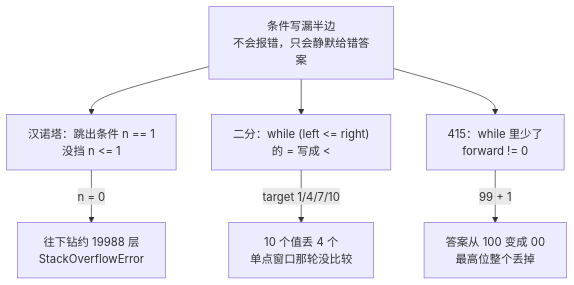
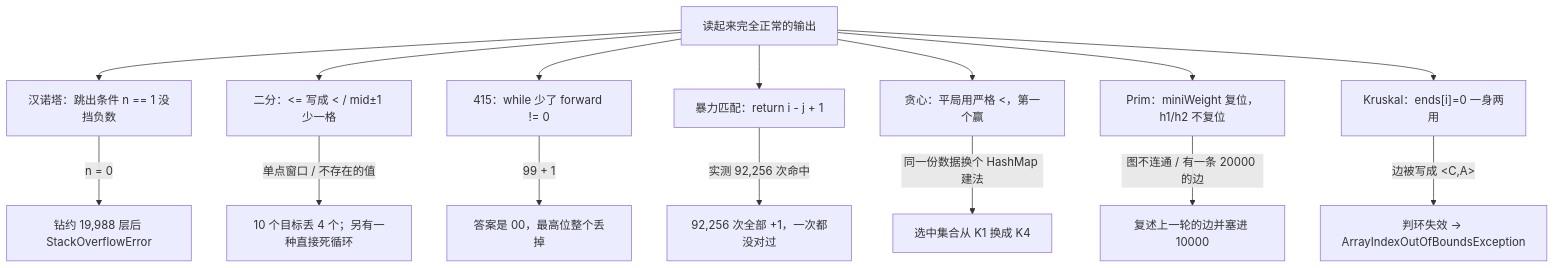
The second of 2 diagrams in README.md (c0re-T/algorithm), drawn with Mermaid before and after one commit. The commit also changed other lines of this file and 11 other files, not shown here.

Commit message:
docs: 新增背包、贪心、KMP、Prim 与 Kruskal 五份笔记，收录 study 下六份程序并同步 README

````diff
--- a/README.md
+++ b/README.md
@@ -27,10 +31,18 @@
 ```mermaid
 flowchart TD
-    E["条件写漏半边<br/>不会报错，只会静默给错答案"]
-    E --> F["汉诺塔：跳出条件 n == 1<br/>没挡 n <= 1"]
-    E --> G["二分：while (left <= right)<br/>的 = 写成 <"]
-    E --> H["415：while 里少了<br/>forward != 0"]
-    F -->|"n = 0"| F1["往下钻约 19988 层<br/>StackOverflowError"]
-    G -->|"target 1/4/7/10"| G1["10 个值丢 4 个<br/>单点窗口那轮没比较"]
-    H -->|"99 + 1"| H1["答案从 100 变成 00<br/>最高位整个丢掉"]
+    E["读起来完全正常的输出"]
+    E --> F1["汉诺塔：跳出条件 n == 1 没挡负数"]
+    E --> F2["二分：<= 写成 < / mid±1 少一格"]
+    E --> F3["415：while 少了 forward != 0"]
+    E --> F4["暴力匹配：return i - j + 1"]
+    E --> F5["贪心：平局用严格 <，第一个赢"]
+    E --> F6["Prim：miniWeight 复位，h1/h2 不复位"]
+    E --> F7["Kruskal：ends[i]=0 一身两用"]
+    F1 -->|"n = 0"| G1["钻约 19,988 层后 StackOverflowError"]
+    F2 -->|"单点窗口 / 不存在的值"| G2["10 个目标丢 4 个；另有一种直接死循环"]
+    F3 -->|"99 + 1"| G3["答案是 00，最高位整个丢掉"]
+    F4 -->|"实测 92,256 次命中"| G4["92,256 次全部 +1，一次都没对过"]
+    F5 -->|"同一份数据换个 HashMap 建法"| G5["选中集合从 K1 换成 K4"]
+    F6 -->|"图不连通 / 有一条 20000 的边"| G6["复述上一轮的边并塞进 10000"]
+    F7 -->|"边被写成 &lt;C,A&gt;"| G7["判环失效 → ArrayIndexOutOfBoundsException"]
 ```
````
